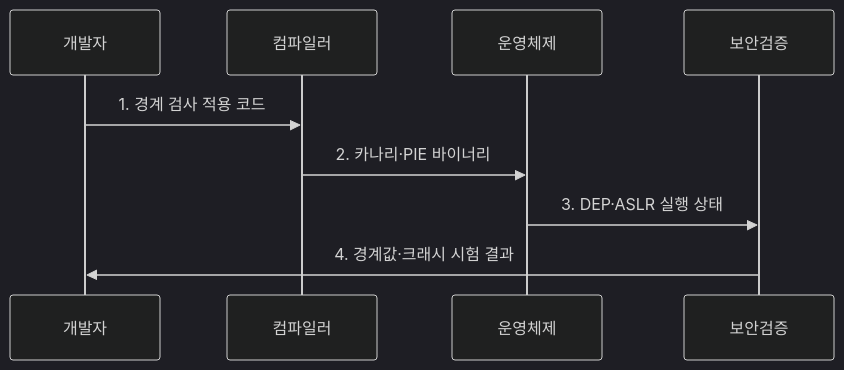
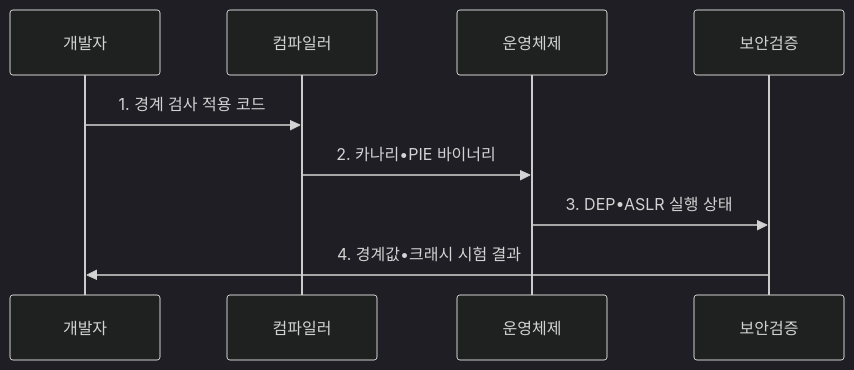
One commit to agnusdei1207/knowledge-base changed the second of 2 diagrams in src/content/docs/notes/05-security/049_buffer_overflow.md. Above: the diagram before and after it, drawn with Mermaid (dark theme). The commit also changed other lines of this file and 953 other files, not shown here.

````diff
--- a/src/content/docs/notes/05-security/049_buffer_overflow.md
+++ b/src/content/docs/notes/05-security/049_buffer_overflow.md
@@ -102,11 +102,11 @@
 ```mermaid
 sequenceDiagram
     participant 개발자
     participant 컴파일러
     participant 운영체제
     participant 보안검증
     개발자->>컴파일러: 1. 경계 검사 적용 코드
-    컴파일러->>운영체제: 2. 카나리·PIE 바이너리
-    운영체제->>보안검증: 3. DEP·ASLR 실행 상태
-    보안검증->>개발자: 4. 경계값·크래시 시험 결과
+    컴파일러->>운영체제: 2. 카나리•PIE 바이너리
+    운영체제->>보안검증: 3. DEP•ASLR 실행 상태
+    보안검증->>개발자: 4. 경계값•크래시 시험 결과
 ```
````
